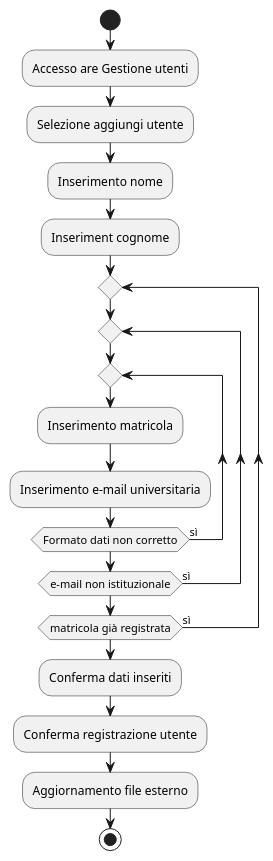
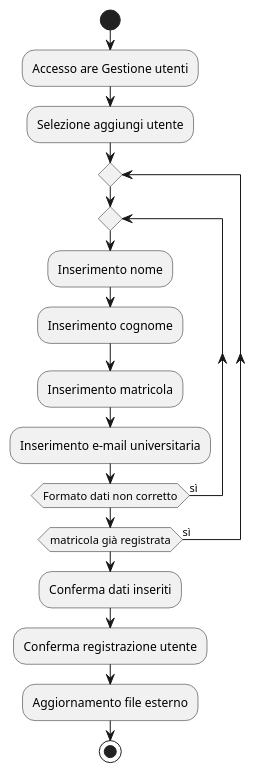
Before and after one commit to amalinconico6-cpu/Biblioteca_universitaria_10: the diagram in Progettazione/AllDiagramsCode/ActivityDiagramsCode/InserimentoUtente.wsd, drawn with PlantUML. The commit also changed 3 other files, not shown here.

```diff
--- a/Progettazione/AllDiagramsCode/ActivityDiagramsCode/InserimentoUtente.wsd
+++ b/Progettazione/AllDiagramsCode/ActivityDiagramsCode/InserimentoUtente.wsd
@@ -1,20 +1,18 @@
 @startuml InserimentoUtente
 start 
 :Accesso are Gestione utenti;
 :Selezione aggiungi utente;
-:Inserimento nome;
-:Inseriment cognome;
-repeat
 repeat 
 repeat
+:Inserimento nome;
+:Inserimento cognome;
 :Inserimento matricola;
 :Inserimento e-mail universitaria;
 repeat while (Formato dati non corretto) is (sì)
-repeat while (e-mail non istituzionale) is (sì)
 repeat while (matricola già registrata) is (sì)
 
 :Conferma dati inseriti;
 :Conferma registrazione utente;
 :Aggiornamento file esterno;
 stop 
 @enduml
```
